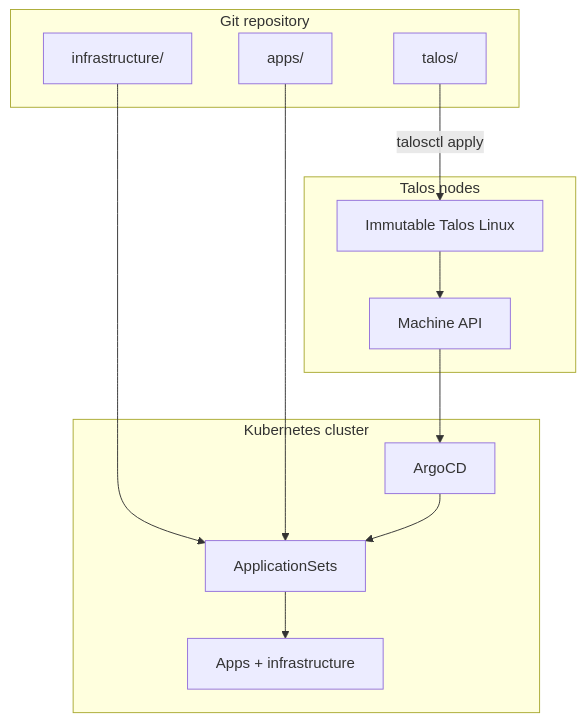
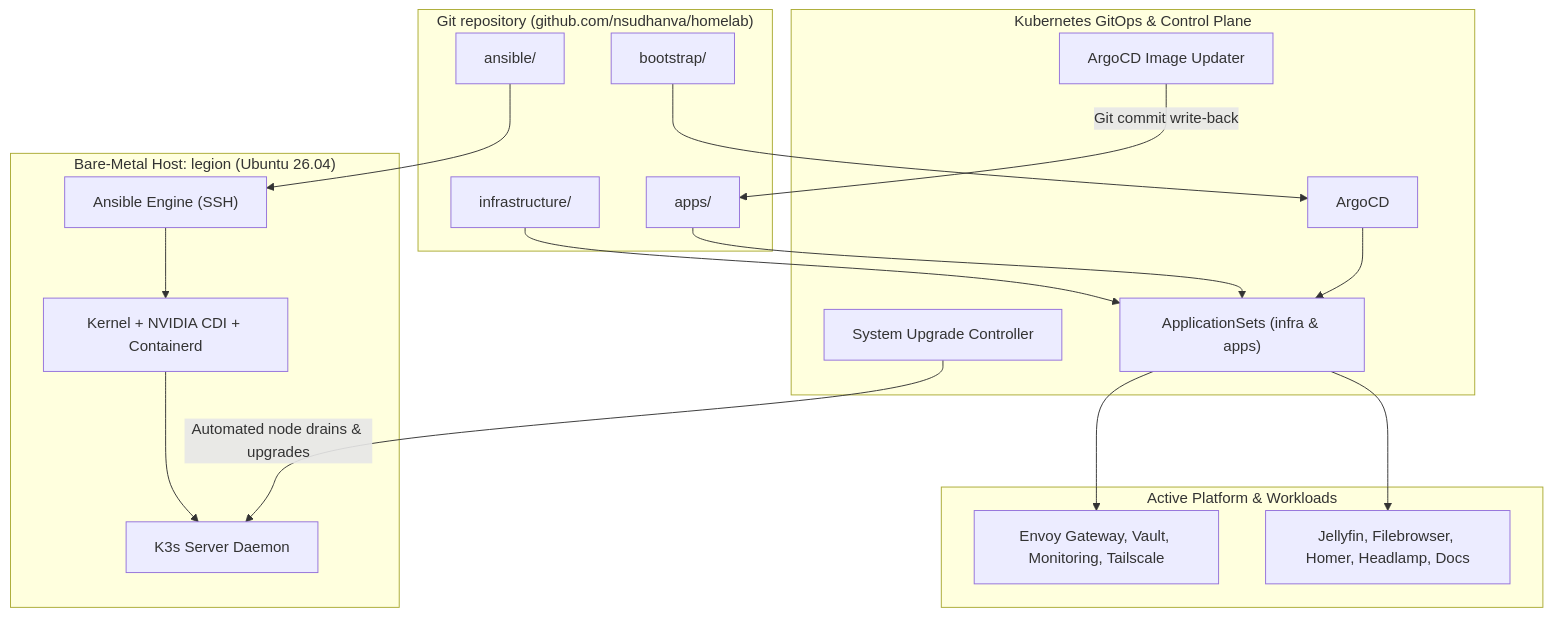
One commit to nsudhanva/homelab changed the diagram in docs/src/content/docs/explanation/automation-model.md. Above: the diagram before and after it, drawn with Mermaid. The commit also changed other lines of this file and 40 other files, not shown here.

Commit message:
refactor: complete K3s bare-metal GitOps migration and docs alignment

````diff
--- a/docs/src/content/docs/explanation/automation-model.md
+++ b/docs/src/content/docs/explanation/automation-model.md
@@ -25,27 +25,39 @@
 ```mermaid
 flowchart TB
-  subgraph Git["Git repository"]
-    TalosRepo["talos/"]
+  subgraph Git["Git repository (github.com/nsudhanva/homelab)"]
+    AnsibleRepo["ansible/"]
     InfraRepo["infrastructure/"]
     AppsRepo["apps/"]
+    BootRepo["bootstrap/"]
   end
 
-  subgraph Hosts["Talos nodes"]
-    OS["Immutable Talos Linux"]
-    API["Machine API"]
+  subgraph HostLayer["Bare-Metal Host: legion (Ubuntu 26.04)"]
+    Ansible["Ansible Engine (SSH)"]
+    Host["Kernel + NVIDIA CDI + Containerd"]
+    K3s["K3s Server Daemon"]
   end
 
-  subgraph Cluster["Kubernetes cluster"]
+  subgraph GitOpsLayer["Kubernetes GitOps & Control Plane"]
     Argo["ArgoCD"]
-    AppSets["ApplicationSets"]
-    Workloads["Apps + infrastructure"]
+    AppSets["ApplicationSets (infra & apps)"]
+    SUC["System Upgrade Controller"]
+    ImgUpdater["ArgoCD Image Updater"]
   end
 
-  TalosRepo -->|"talosctl apply"| OS
-  OS --> API
-  API --> Argo
+  subgraph Workloads["Active Platform & Workloads"]
+    Infra["Envoy Gateway, Vault, Monitoring, Tailscale"]
+    Apps["Jellyfin, Filebrowser, Homer, Headlamp, Docs"]
+  end
+
+  AnsibleRepo --> Ansible
+  Ansible --> Host
+  Host --> K3s
+  BootRepo --> Argo
   InfraRepo --> AppSets
   AppsRepo --> AppSets
   Argo --> AppSets
-  AppSets --> Workloads
+  AppSets --> Infra
+  AppSets --> Apps
+  SUC -->|Automated node drains & upgrades| K3s
+  ImgUpdater -->|Git commit write-back| AppsRepo
 ```
````
